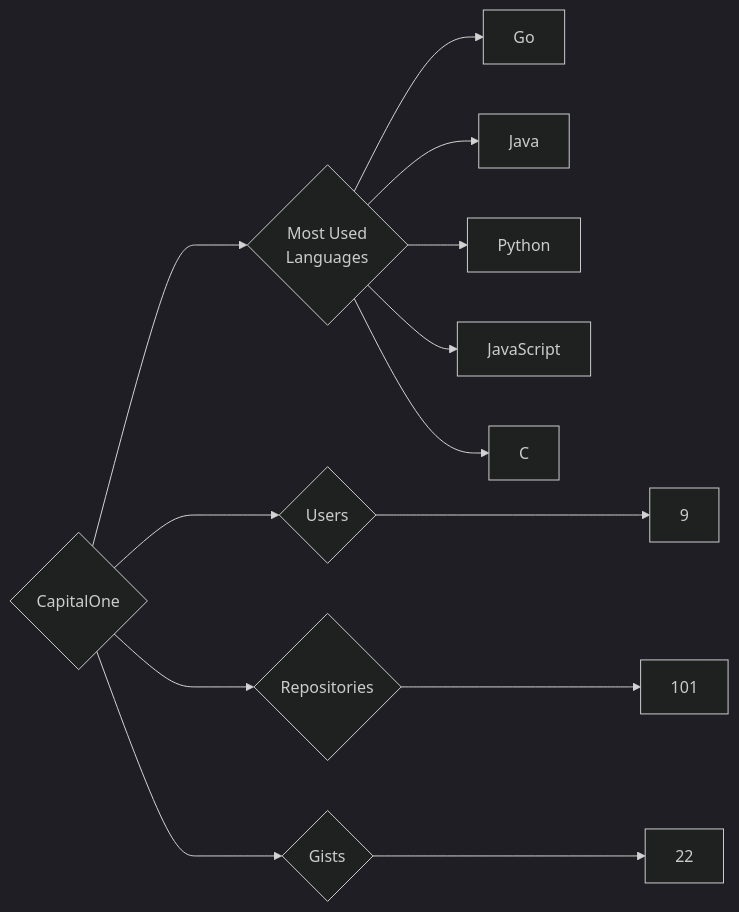
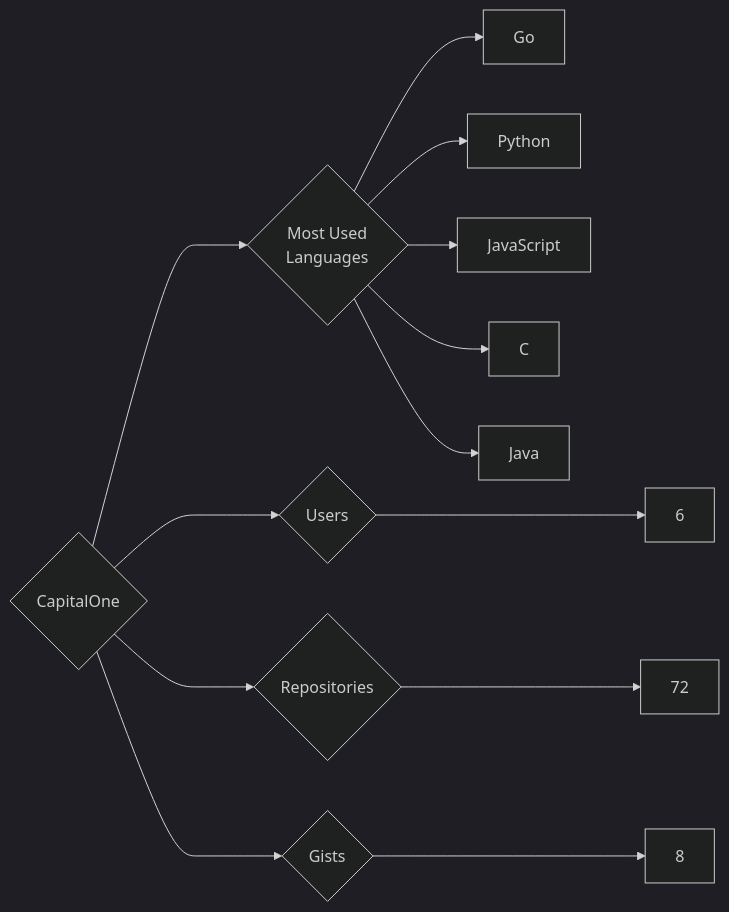
The diagram in targets/CapitalOne/README.md (trickest/insiders), drawn with Mermaid (dark theme) before and after one commit. The commit also changed 934 other files, not shown here.

````diff
--- a/targets/CapitalOne/README.md
+++ b/targets/CapitalOne/README.md
@@ -3,13 +3,13 @@
 ```mermaid
 graph LR
 COMPANY_NAME{CapitalOne}
-COMPANY_NAME ---> U{Users} ---> UN[9]
-COMPANY_NAME ---> R{Repositories} ---> RN[101]
-COMPANY_NAME ---> G{Gists} ---> GN[22]
+COMPANY_NAME ---> U{Users} ---> UN[6]
+COMPANY_NAME ---> R{Repositories} ---> RN[72]
+COMPANY_NAME ---> G{Gists} ---> GN[8]
 COMPANY_NAME ---> ML{Most Used<br>Languages}
 ML --> Go[Go]
-ML --> Java[Java]
 ML --> Python[Python]
 ML --> JavaScript[JavaScript]
 ML --> C[C]
+ML --> Java[Java]
 ```
````
